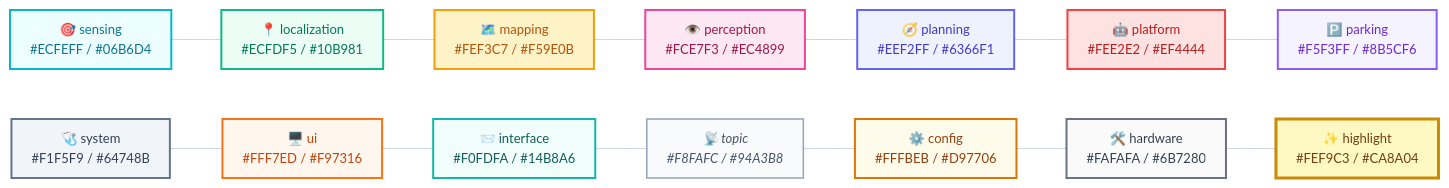
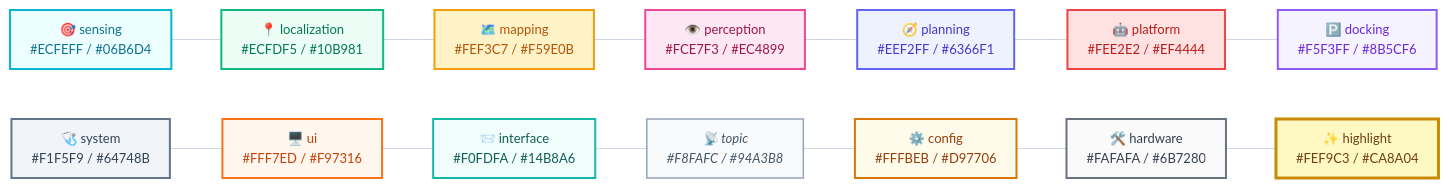
One commit to hwanhonglee/CAMROD changed the diagram in docs/templates/DIAGRAM_PALETTE.md. Above: the diagram before and after it, drawn with Mermaid. The commit also changed other lines of this file and 12 other files, not shown here.

First line of the commit message:
docs(HH_260528): rename camrod_parking → camrod_docking across all READMEs

````diff
--- a/docs/templates/DIAGRAM_PALETTE.md
+++ b/docs/templates/DIAGRAM_PALETTE.md
@@ -9,61 +9,61 @@
 ```mermaid
 %%{init: {
   'theme': 'base',
   'themeVariables': {
     'fontFamily': 'ui-sans-serif, system-ui, sans-serif',
     'fontSize': '13px',
     'primaryColor': '#EEF2FF',
     'primaryTextColor': '#0F172A',
     'lineColor': '#CBD5E1'
   },
   'flowchart': { 'curve': 'basis', 'htmlLabels': true, 'padding': 10 }
 }}%%
 graph LR
   classDef sensing      fill:#ECFEFF,stroke:#06B6D4,stroke-width:2px,color:#0E7490;
   classDef localization fill:#ECFDF5,stroke:#10B981,stroke-width:2px,color:#047857;
   classDef mapping      fill:#FEF3C7,stroke:#F59E0B,stroke-width:2px,color:#B45309;
   classDef perception   fill:#FCE7F3,stroke:#EC4899,stroke-width:2px,color:#9D174D;
   classDef planning     fill:#EEF2FF,stroke:#6366F1,stroke-width:2px,color:#4338CA;
   classDef platform     fill:#FEE2E2,stroke:#EF4444,stroke-width:2px,color:#B91C1C;
-  classDef parking      fill:#F5F3FF,stroke:#8B5CF6,stroke-width:2px,color:#6D28D9;
+  classDef docking      fill:#F5F3FF,stroke:#8B5CF6,stroke-width:2px,color:#6D28D9;
   classDef system       fill:#F1F5F9,stroke:#64748B,stroke-width:2px,color:#334155;
   classDef ui           fill:#FFF7ED,stroke:#F97316,stroke-width:2px,color:#C2410C;
   classDef iface        fill:#F0FDFA,stroke:#14B8A6,stroke-width:2px,color:#115E59;
   classDef topic        fill:#F8FAFC,stroke:#94A3B8,stroke-width:1.5px,color:#475569,font-style:italic;
   classDef config       fill:#FFFBEB,stroke:#D97706,stroke-width:2px,color:#92400E;
   classDef hardware     fill:#FAFAFA,stroke:#6B7280,stroke-width:2px,color:#374151;
   classDef highlight    fill:#FEF9C3,stroke:#CA8A04,stroke-width:3px,color:#713F12;
 
   SEN["🎯 sensing\n#ECFEFF / #06B6D4"]
   LOC["📍 localization\n#ECFDF5 / #10B981"]
   MAP["🗺️ mapping\n#FEF3C7 / #F59E0B"]
   PER["👁️ perception\n#FCE7F3 / #EC4899"]
   PLN["🧭 planning\n#EEF2FF / #6366F1"]
   PLT["🤖 platform\n#FEE2E2 / #EF4444"]
-  PKG["🅿️ parking\n#F5F3FF / #8B5CF6"]
+  PKG["🅿️ docking\n#F5F3FF / #8B5CF6"]
   SYS["🩺 system\n#F1F5F9 / #64748B"]
   UI["🖥️ ui\n#FFF7ED / #F97316"]
   IFC["📨 interface\n#F0FDFA / #14B8A6"]
   TOP["📡 topic\n#F8FAFC / #94A3B8"]
   CFG["⚙️ config\n#FFFBEB / #D97706"]
   HW["🛠️ hardware\n#FAFAFA / #6B7280"]
   HI["✨ highlight\n#FEF9C3 / #CA8A04"]
 
   SEN --- LOC --- MAP --- PER --- PLN --- PLT --- PKG
   SYS --- UI --- IFC --- TOP --- CFG --- HW --- HI
 
   class SEN sensing
   class LOC localization
   class MAP mapping
   class PER perception
   class PLN planning
   class PLT platform
-  class PKG parking
+  class PKG docking
   class SYS system
   class UI ui
   class IFC iface
   class TOP topic
   class CFG config
   class HW hardware
   class HI highlight
 ```
````
